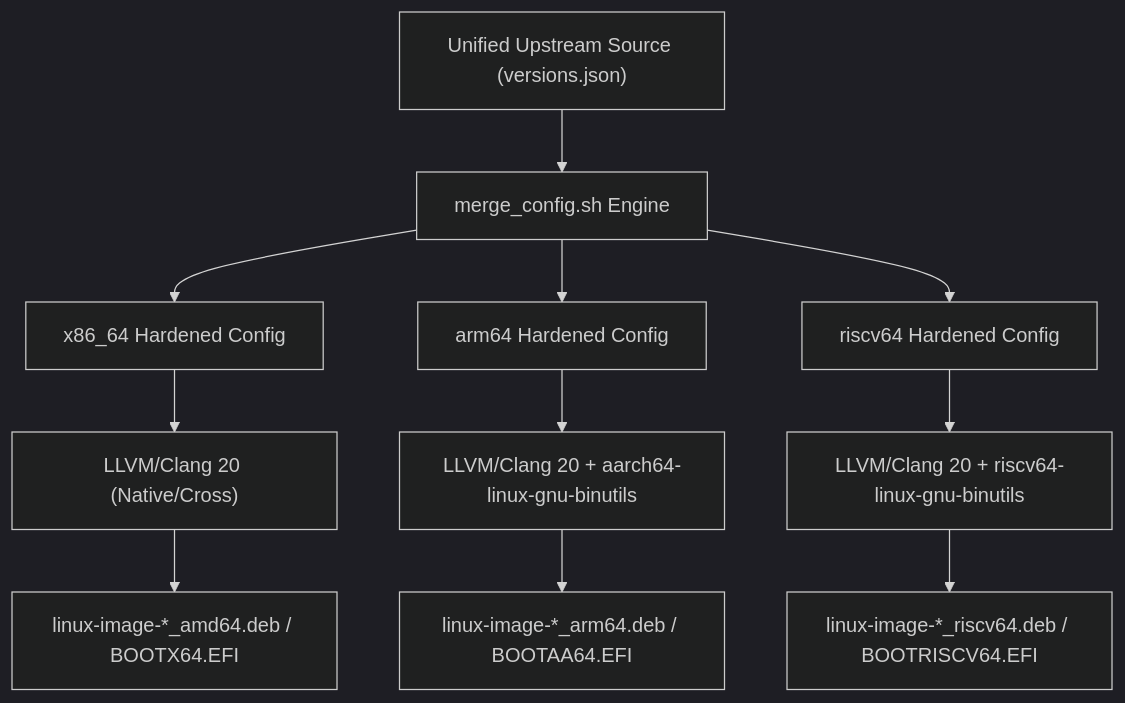
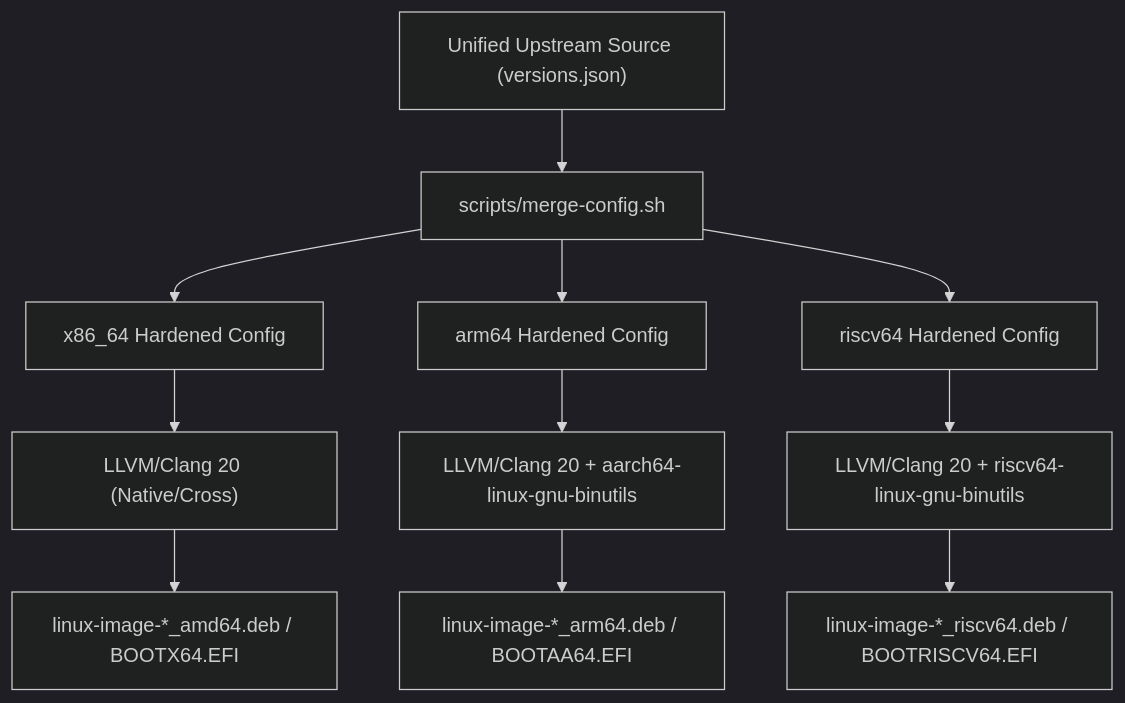
One commit to cordanaLLM/nucleus changed the diagram in docs/hardware/architectures.md. Above: the diagram before and after it, drawn with Mermaid (dark theme). The commit also changed other lines of this file and 30 other files, not shown here.

````diff
--- a/docs/hardware/architectures.md
+++ b/docs/hardware/architectures.md
@@ -17,16 +17,16 @@
 ```mermaid
 graph TD
-    SRC["Unified Upstream Source (versions.json)"] --> KCONF_MERGE["merge_config.sh Engine"]
+    SRC["Unified Upstream Source (versions.json)"] --> KCONF_MERGE["scripts/merge-config.sh"]
     
     KCONF_MERGE --> X86_CONF["x86_64 Hardened Config"]
     KCONF_MERGE --> ARM_CONF["arm64 Hardened Config"]
     KCONF_MERGE --> RISCV_CONF["riscv64 Hardened Config"]
     
     X86_CONF --> TOOL_X86["LLVM/Clang 20 (Native/Cross)"]
     ARM_CONF --> TOOL_ARM["LLVM/Clang 20 + aarch64-linux-gnu-binutils"]
     RISCV_CONF --> TOOL_RISCV["LLVM/Clang 20 + riscv64-linux-gnu-binutils"]
     
     TOOL_X86 --> OUT_X86["linux-image-*_amd64.deb / BOOTX64.EFI"]
     TOOL_ARM --> OUT_ARM["linux-image-*_arm64.deb / BOOTAA64.EFI"]
     TOOL_RISCV --> OUT_RISCV["linux-image-*_riscv64.deb / BOOTRISCV64.EFI"]
 ```
````
